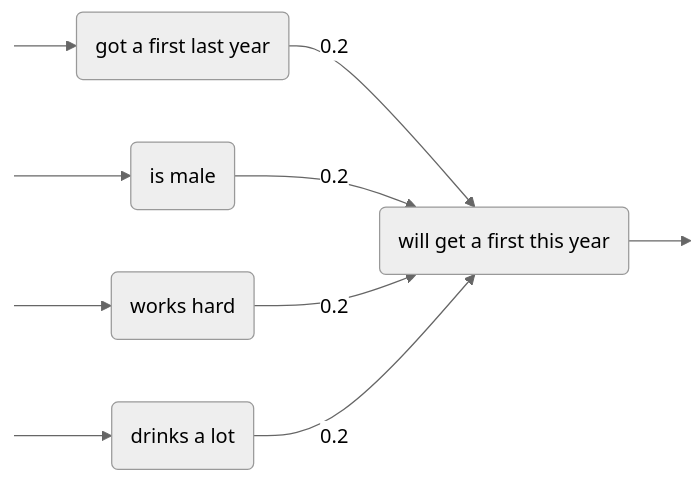
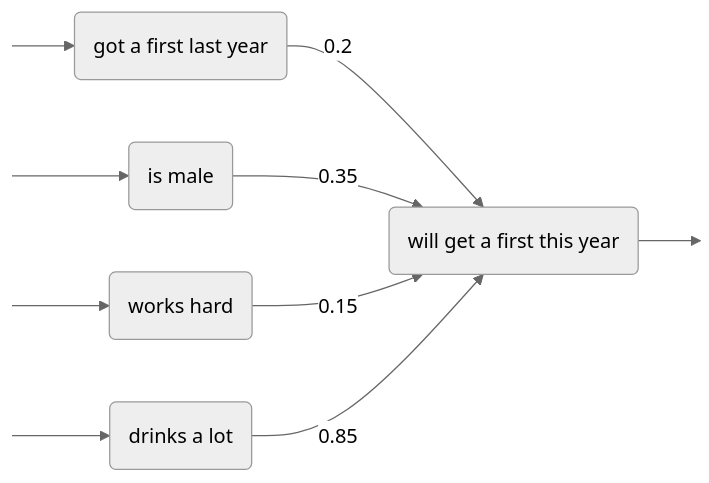
Before and after one commit to conmaol/maglocunus: the first of 2 diagrams in AI/NeuralNets/index.md, drawn with Mermaid (neutral theme). The commit also changed other lines of this file, not shown here.

````diff
--- a/AI/NeuralNets/index.md
+++ b/AI/NeuralNets/index.md
@@ -27,18 +27,18 @@
 ```mermaid
 graph LR
     a1:::hidden
     a2:::hidden
     a3:::hidden
     a4:::hidden
     a1 --> input1("got a first last year")
     a2 --> input2("is male")
     a3 --> input3("works hard")
     a4 --> input4("drinks a lot")
     perceptron("will get a first this year")
     input1 -- "0.2" --> perceptron
-    input2 -- "0.2" --> perceptron
-    input3 -- "0.2" --> perceptron
-    input4 -- "0.2" --> perceptron
+    input2 -- "0.35" --> perceptron
+    input3 -- "0.15" --> perceptron
+    input4 -- "0.85" --> perceptron
     perceptron --> output:::hidden
     classDef hidden display: none;
 ```
````
